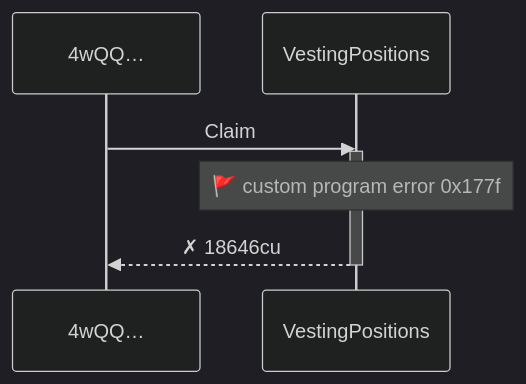
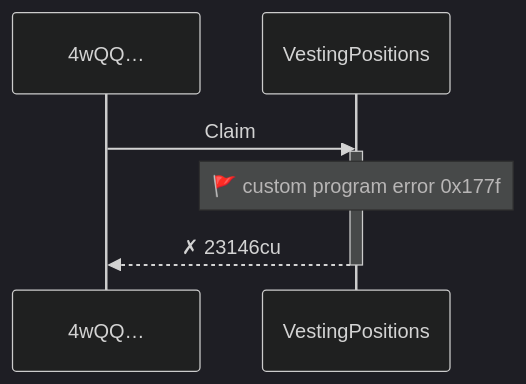
Before and after one commit to cds-turbin3/vesting-position: diagram 13 of 15 in babelfish-tests/test-report/exclude_asset_blocks_subsequent_claims.md, drawn with Mermaid (dark theme). The commit also changed other lines of this file and 106 other files, not shown here.

````diff
--- a/babelfish-tests/test-report/exclude_asset_blocks_subsequent_claims.md
+++ b/babelfish-tests/test-report/exclude_asset_blocks_subsequent_claims.md
@@ -578,10 +595,10 @@
 ```mermaid
 sequenceDiagram
     participant p0 as 4wQQ…
     participant p1 as VestingPositions
     p0->>p1: Claim
     activate p1
     note over p1: 🚩 custom program error  0x177f
-    p1-->>p0: ✗ 18646cu
+    p1-->>p0: ✗ 23146cu
     deactivate p1
 ```
````
